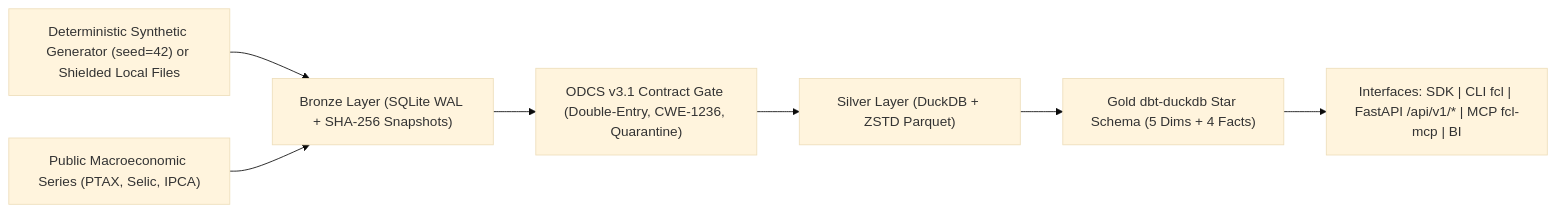
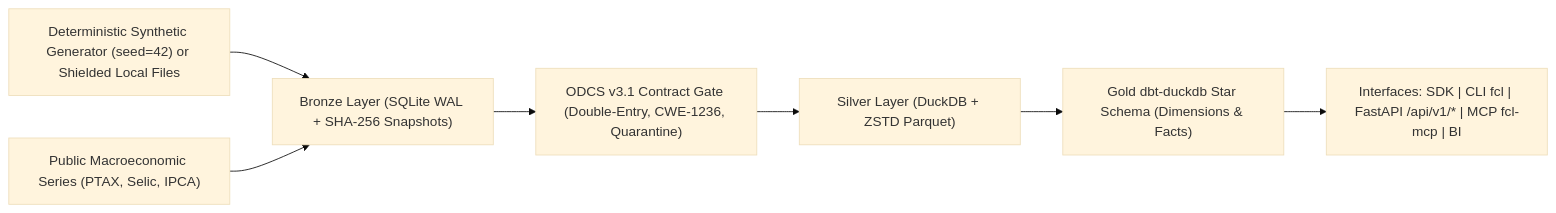
One commit to jhsfhtls/finops-capex-revenue-lakehouse changed the diagram in README.md. Above: the diagram before and after it, drawn with Mermaid (base theme). The commit also changed other lines of this file, not shown here.

````diff
--- a/README.md
+++ b/README.md
@@ -12,9 +12,9 @@
 ```mermaid
 flowchart LR
     SYN["Deterministic Synthetic Generator (seed=42) or Shielded Local Files"] --> BRZ["Bronze Layer (SQLite WAL + SHA-256 Snapshots)"]
     PDG["Public Macroeconomic Series (PTAX, Selic, IPCA)"] --> BRZ
     BRZ --> ODCS["ODCS v3.1 Contract Gate (Double-Entry, CWE-1236, Quarantine)"]
     ODCS --> SLV["Silver Layer (DuckDB + ZSTD Parquet)"]
-    SLV --> DBT["Gold dbt-duckdb Star Schema (5 Dims + 4 Facts)"]
+    SLV --> DBT["Gold dbt-duckdb Star Schema (Dimensions & Facts)"]
     DBT --> IFACE["Interfaces: SDK | CLI fcl | FastAPI /api/v1/* | MCP fcl-mcp | BI"]
 ```
````
